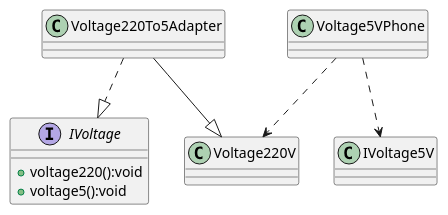
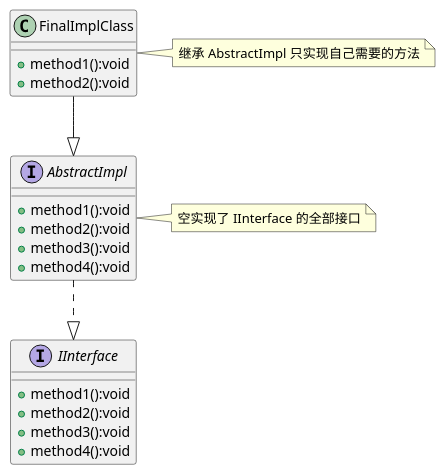
The diagram in design-pattern/src/main/java/wr1ttenyu/f1nal/study/designpattern/pattern23/adapter/interfaceadapter/interfaceAdapter.puml (wr1ttenyu/f1nal), drawn with PlantUML before and after one commit. The commit also changed 13 other files, not shown here.

```diff
--- a/design-pattern/src/main/java/wr1ttenyu/f1nal/study/designpattern/pattern23/adapter/interfaceadapter/interfaceAdapter.puml
+++ b/design-pattern/src/main/java/wr1ttenyu/f1nal/study/designpattern/pattern23/adapter/interfaceadapter/interfaceAdapter.puml
@@ -1,19 +1,31 @@
 @startuml
 
-class Voltage220V
-class Voltage220To5Adapter
-interface IVoltage
-class Voltage5VPhone
+class IInterface
+abstract class AbstractImpl
+note right: 空实现了 IInterface 的全部接口
+class FinalImplClass
+note right: 继承 AbstractImpl 只实现自己需要的方法
 
-Voltage220To5Adapter --|> Voltage220V
-Voltage220To5Adapter ..|> IVoltage
+AbstractImpl ..|> IInterface
+FinalImplClass --|> AbstractImpl
 
-Voltage5VPhone ..> IVoltage5V
-Voltage5VPhone ..> Voltage220V
+class FinalImplClass {
+    + method1():void
+    + method2():void
+}
 
-interface IVoltage {
-    + voltage220():void
-    + voltage5():void
+interface AbstractImpl {
+    + method1():void
+    + method2():void
+    + method3():void
+    + method4():void
+}
+
+interface IInterface {
+    + method1():void
+    + method2():void
+    + method3():void
+    + method4():void
 }
 
 @enduml
```
